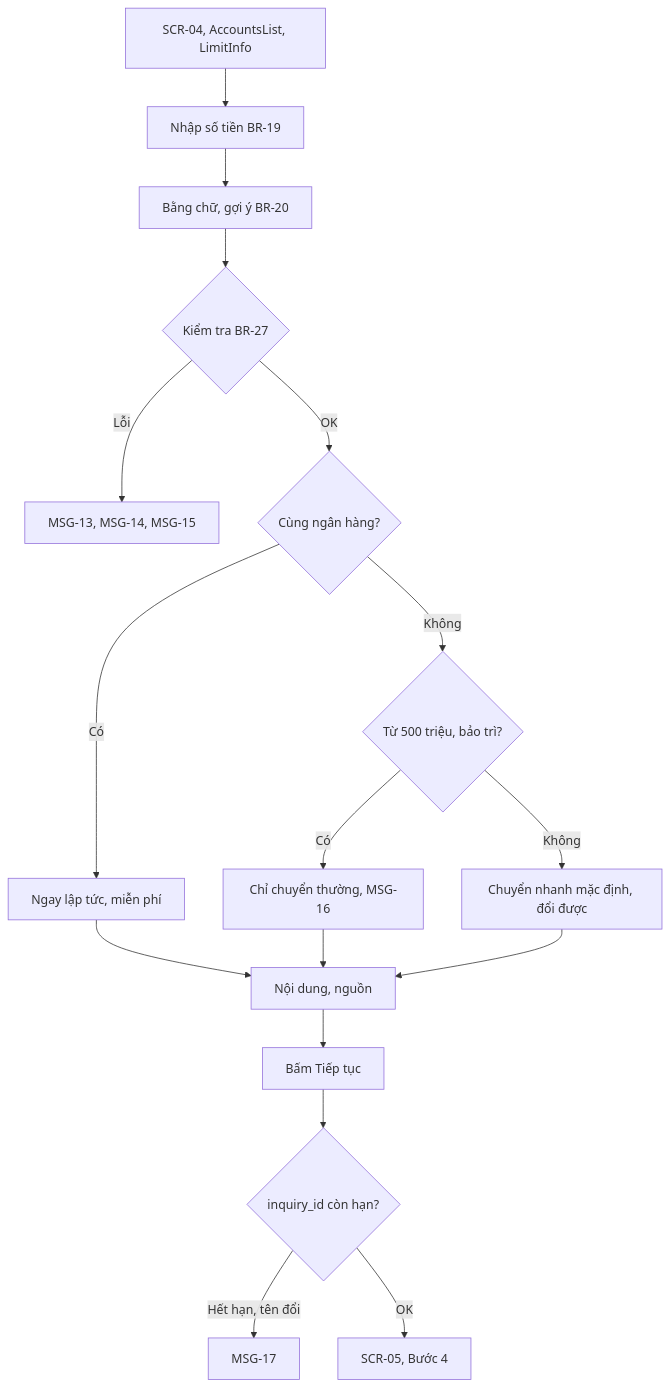
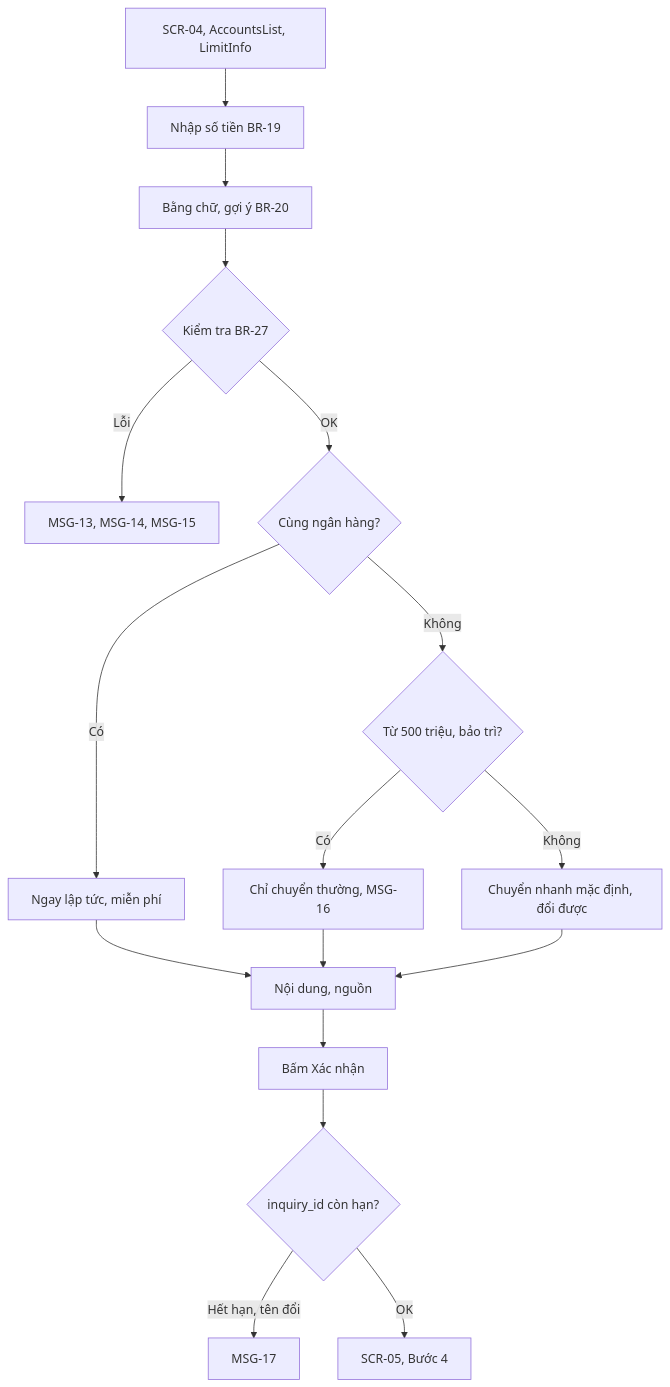
Before and after one commit to uxfoundation-vn/de07-chuyen-khoan-ngan-hang: the seventh of 15 diagrams in docs/SRS.md, drawn with Mermaid. The commit also changed other lines of this file and 2 other files, not shown here.

First line of the commit message:
Đề 7: bấm Xác nhận ở màn chọn số tiền rồi mới xem lại giao dịch

````diff
--- a/docs/SRS.md
+++ b/docs/SRS.md
@@ -397,19 +397,19 @@
 ```mermaid
 flowchart TD
   A["SCR-04, AccountsList, LimitInfo"] --> B["Nhập số tiền BR-19"]
   B --> C["Bằng chữ, gợi ý BR-20"]
   C --> D{"Kiểm tra BR-27"}
   D -->|Lỗi| D1["MSG-13, MSG-14, MSG-15"]
   D -->|OK| E{"Cùng ngân hàng?"}
   E -->|Có| F["Ngay lập tức, miễn phí"]
   E -->|Không| G{"Từ 500 triệu, bảo trì?"}
   G -->|Có| H["Chỉ chuyển thường, MSG-16"]
   G -->|Không| I["Chuyển nhanh mặc định, đổi được"]
   F --> J["Nội dung, nguồn"]
   H --> J
   I --> J
-  J --> K["Bấm Tiếp tục"]
+  J --> K["Bấm Xác nhận"]
   K --> L{"inquiry_id còn hạn?"}
   L -->|Hết hạn, tên đổi| L1["MSG-17"]
   L -->|OK| M["SCR-05, Bước 4"]
 ```
````
